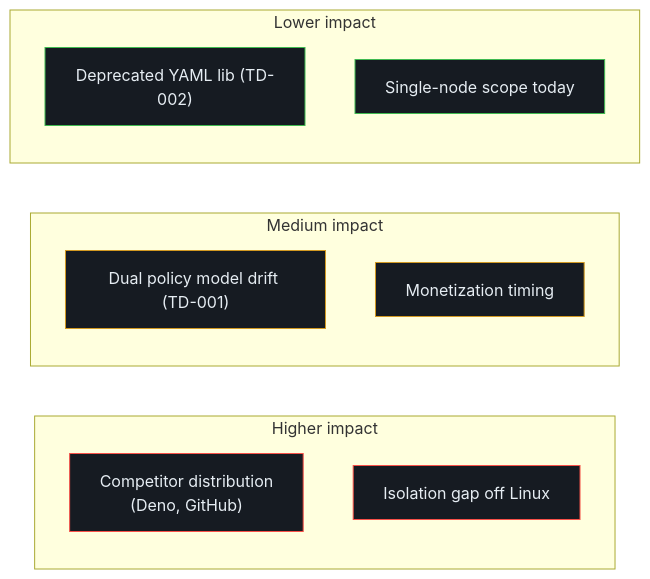
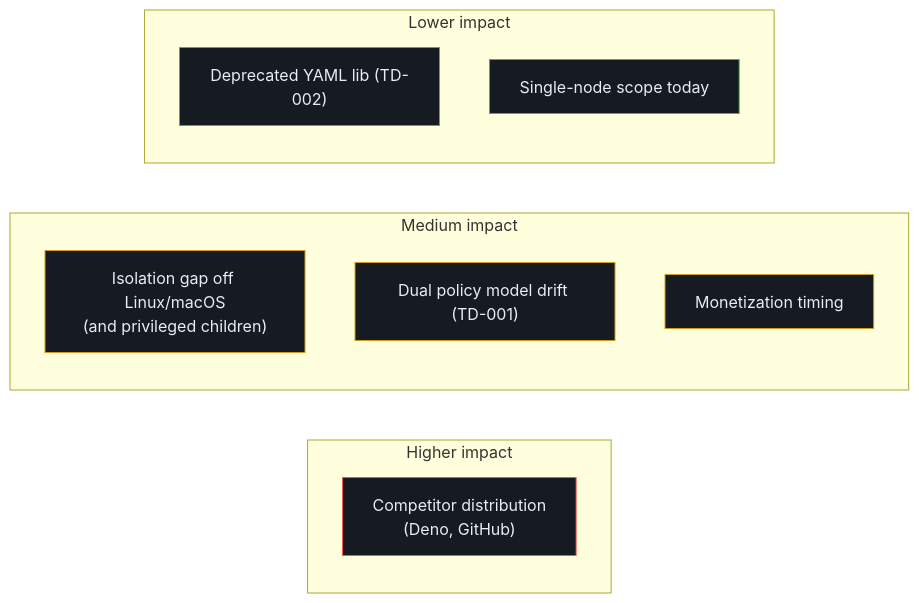
Before and after one commit to pleaseai/honmoon: the second of 3 diagrams in wiki/onboarding/executive-guide.md, drawn with Mermaid. The commit also changed other lines of this file and 17 other files, not shown here.

First line of the commit message:
feat(cli): enforce `honmoon run` isolation with a Seatbelt profile on macOS (ADR-0005) (#73)

````diff
--- a/wiki/onboarding/executive-guide.md
+++ b/wiki/onboarding/executive-guide.md
@@ -93,21 +93,21 @@
 ```mermaid
 flowchart LR
   subgraph high["Higher impact"]
     r1["Competitor distribution<br>(Deno, GitHub)"]
-    r2["Isolation gap off Linux"]
   end
   subgraph med["Medium impact"]
+    r2["Isolation gap off Linux/macOS<br>(and privileged children)"]
     r3["Dual policy model drift (TD-001)"]
     r4["Monetization timing"]
   end
   subgraph low["Lower impact"]
     r5["Deprecated YAML lib (TD-002)"]
     r6["Single-node scope today"]
   end
   style r1 fill:#161b22,stroke:#f85149,color:#e6edf3
-  style r2 fill:#161b22,stroke:#f85149,color:#e6edf3
+  style r2 fill:#161b22,stroke:#d29922,color:#e6edf3
   style r3 fill:#161b22,stroke:#d29922,color:#e6edf3
   style r4 fill:#161b22,stroke:#d29922,color:#e6edf3
   style r5 fill:#161b22,stroke:#3fb950,color:#e6edf3
   style r6 fill:#161b22,stroke:#3fb950,color:#e6edf3
 ```
````
